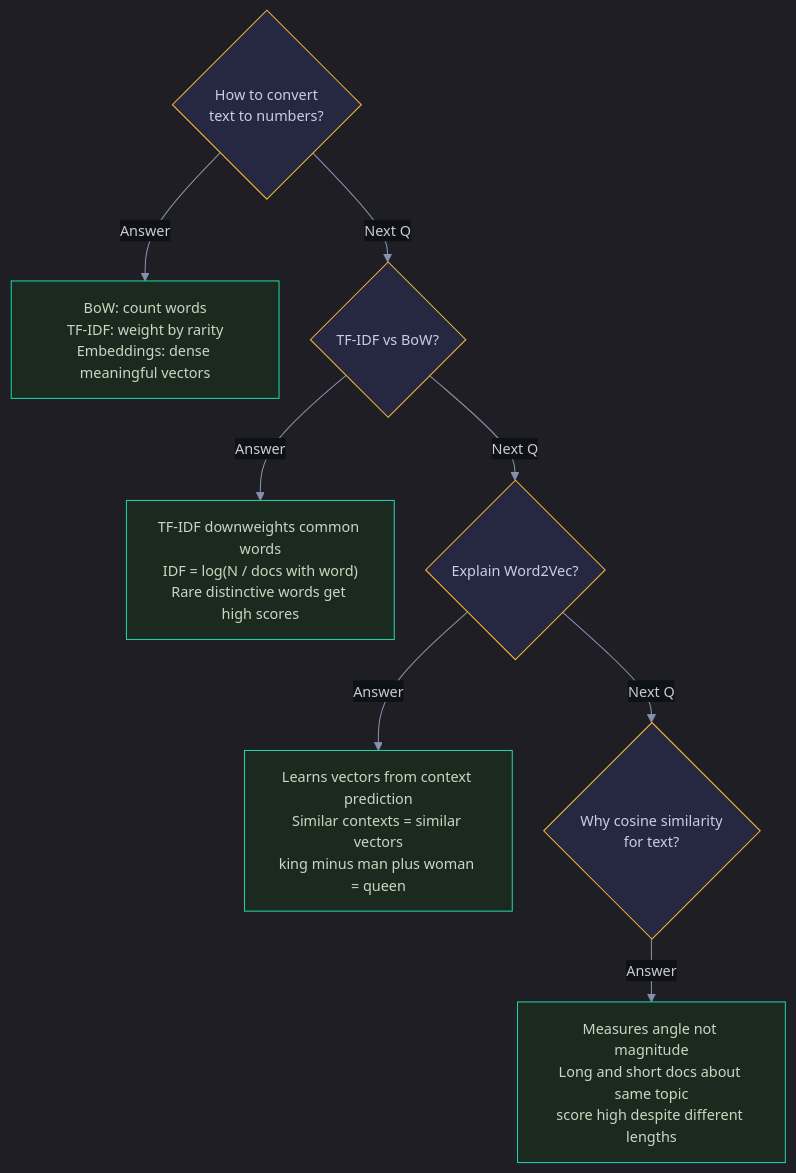
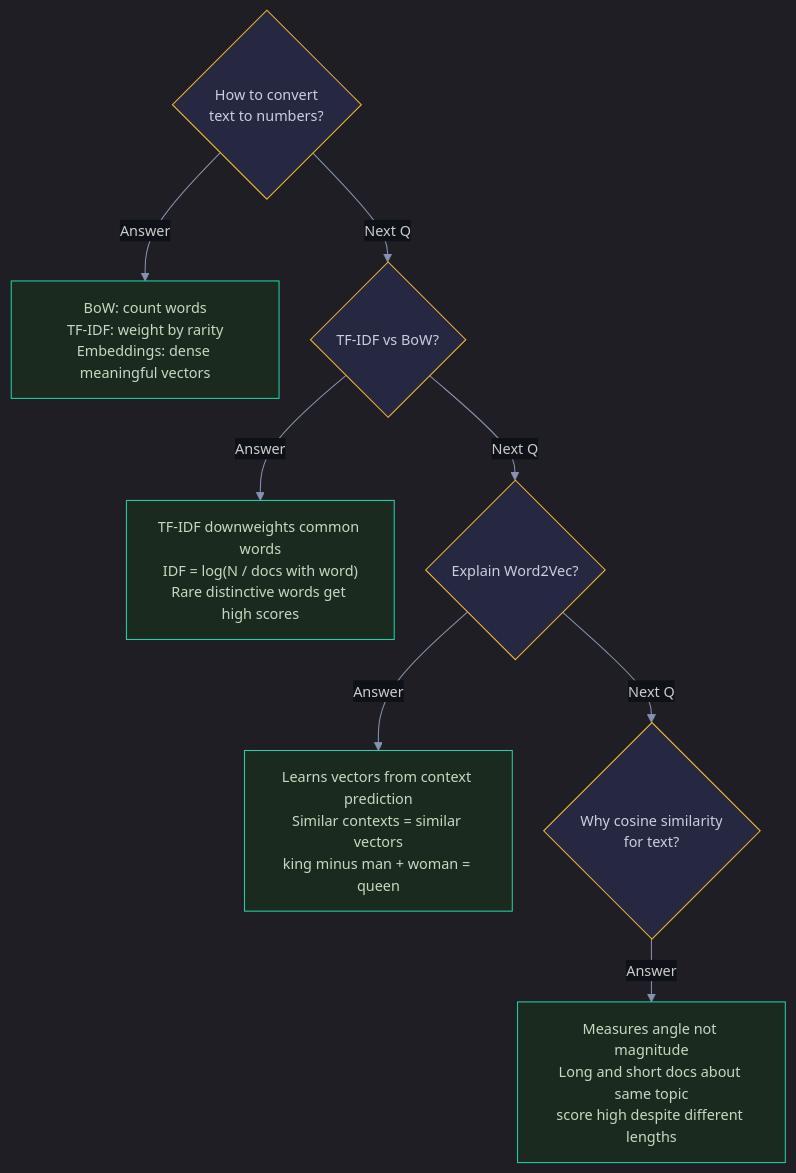
Before and after one commit to snehith1234/StudyCircle: the eighth of 8 diagrams in Documents/Visual_Guides/NLP/NLP_Text_Processing_Visual.md, drawn with Mermaid. The commit also changed 10 other files, not shown here.

First line of the commit message:
Fix Mermaid formatting and add RNN/LSTM guides

````diff
--- a/Documents/Visual_Guides/NLP/NLP_Text_Processing_Visual.md
+++ b/Documents/Visual_Guides/NLP/NLP_Text_Processing_Visual.md
@@ -212,20 +212,20 @@
 ```mermaid
 %%{init: {'theme': 'dark', 'themeVariables': {'darkMode': true, 'background': '#0e1117', 'primaryColor': '#1a1d2e', 'primaryTextColor': '#e2e8f0', 'primaryBorderColor': '#2d3148', 'lineColor': '#8892b0', 'secondaryColor': '#252840', 'tertiaryColor': '#1a1d2e', 'fontSize': '14px', 'edgeLabelBackground': '#0e1117'}, 'flowchart': {'nodeSpacing': 30, 'rankSpacing': 40, 'padding': 15, 'htmlLabels': true}}}%%
 graph TD
     Q1{"How to convert<br/>text to numbers?"} -->|Answer| A1["BoW: count words<br/>TF-IDF: weight by rarity<br/>Embeddings: dense meaningful vectors"]
     Q1 -->|Next Q| Q2{"TF-IDF vs BoW?"}
     Q2 -->|Answer| A2["TF-IDF downweights common words<br/>IDF = log(N / docs with word)<br/>Rare distinctive words get high scores"]
     Q2 -->|Next Q| Q3{"Explain Word2Vec?"}
-    Q3 -->|Answer| A3["Learns vectors from context prediction<br/>Similar contexts = similar vectors<br/>king minus man plus woman = queen"]
+    Q3 -->|Answer| A3["Learns vectors from context prediction<br/>Similar contexts = similar vectors<br/>king minus man + woman = queen"]
     Q3 -->|Next Q| Q4{"Why cosine similarity<br/>for text?"}
     Q4 -->|Answer| A4["Measures angle not magnitude<br/>Long and short docs about same topic<br/>score high despite different lengths"]
 
     style Q1 fill:#252840,stroke:#f5b731,color:#c8cfe0
     style Q2 fill:#252840,stroke:#f5b731,color:#c8cfe0
     style Q3 fill:#252840,stroke:#f5b731,color:#c8cfe0
     style Q4 fill:#252840,stroke:#f5b731,color:#c8cfe0
     style A1 fill:#1a2a1f,stroke:#22d3a7,color:#c8d8c0
     style A2 fill:#1a2a1f,stroke:#22d3a7,color:#c8d8c0
     style A3 fill:#1a2a1f,stroke:#22d3a7,color:#c8d8c0
     style A4 fill:#1a2a1f,stroke:#22d3a7,color:#c8d8c0
 ```
````
